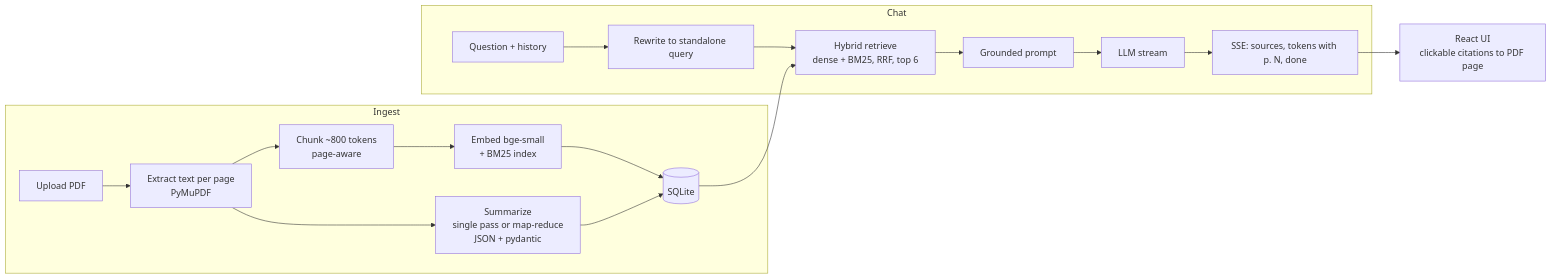
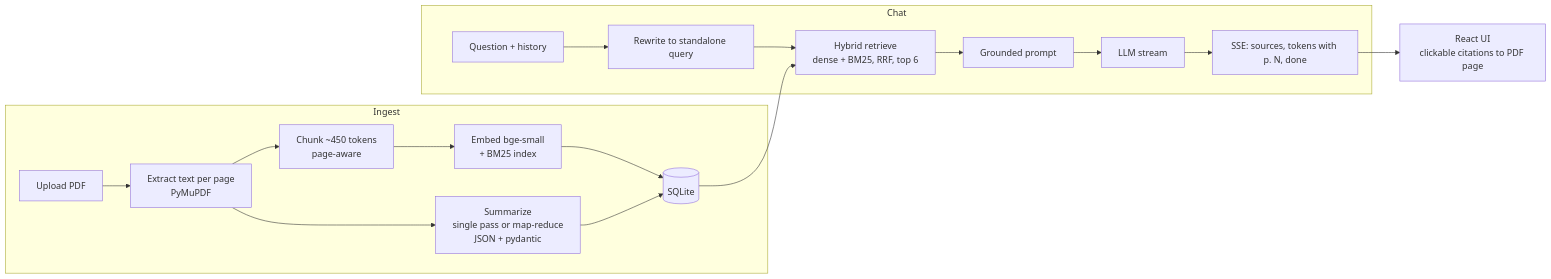
One commit to shaneobby/Research-Assistant-for-PDFs changed the diagram in README.md. Above: the diagram before and after it, drawn with Mermaid. The commit also changed 1 other file, not shown here.

Commit message:
docs: correct the chunk size to 450 tokens

````diff
--- a/README.md
+++ b/README.md
@@ -144,20 +144,20 @@
 ```mermaid
 flowchart LR
   subgraph Ingest
     U[Upload PDF] --> X[Extract text per page<br/>PyMuPDF]
-    X --> C[Chunk ~800 tokens<br/>page-aware]
+    X --> C[Chunk ~450 tokens<br/>page-aware]
     C --> E[Embed bge-small<br/>+ BM25 index]
     E --> DB[(SQLite)]
     X --> S[Summarize<br/>single pass or map-reduce<br/>JSON + pydantic]
     S --> DB
   end
   subgraph Chat
     Q[Question + history] --> R[Rewrite to standalone query]
     R --> H[Hybrid retrieve<br/>dense + BM25, RRF, top 6]
     H --> G[Grounded prompt]
     G --> L[LLM stream]
     L --> T[SSE: sources, tokens with p. N, done]
   end
   DB --> H
   T --> UI[React UI<br/>clickable citations to PDF page]
 ```
````
